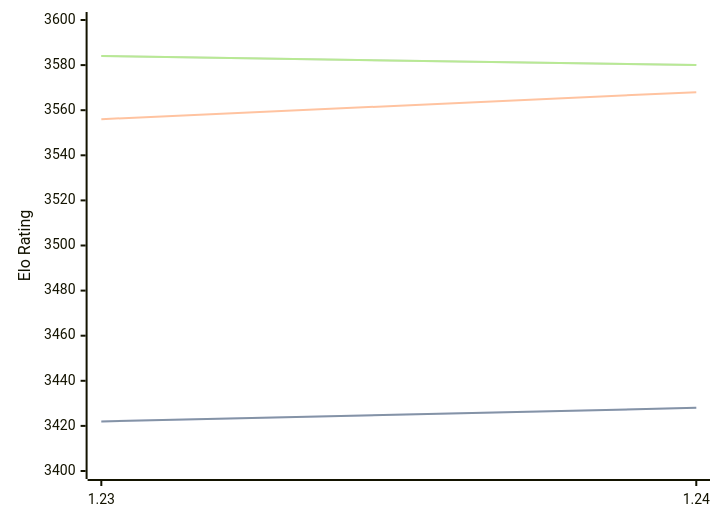
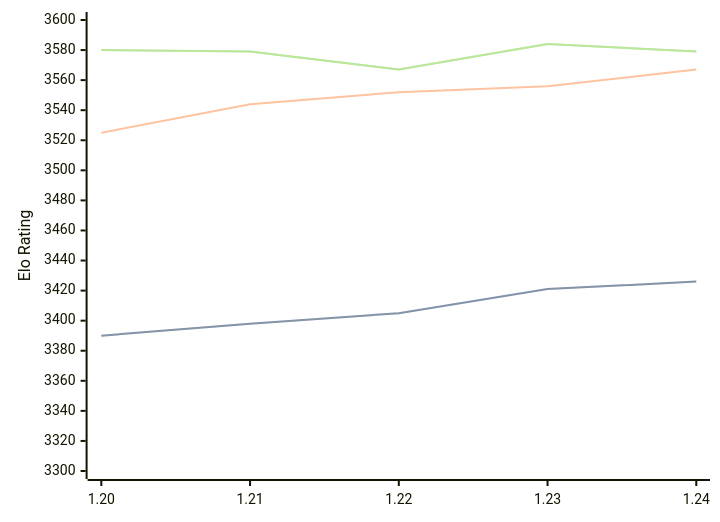
The diagram in engines/Caissa.md (computer-chess-index/cci), drawn with Mermaid before and after one commit. The commit also changed other lines of this file, not shown here.

Commit message:
Update CCI Ratings (ELO VLTC) - 2026-02-18

````diff
--- a/engines/Caissa.md
+++ b/engines/Caissa.md
@@ -61,11 +61,11 @@
 ```mermaid
 %%{init: {"theme":"base","themeVariables":{"seriesColors:['#a3a3a3','#222221','#faa371']}}}%%
 xychart-beta
-  x-axis ["1.23", "1.24"]
-  y-axis "Elo Rating" 3400 --> 3600
-  line "STC (8.0+0.08s)" [3422, 3428]
-  line "STC (8.0+0.08s)" [3422, 3428]
-  line "LTC (60.0+0.60s)" [3556, 3568]
-  line "VLTC (2m24s+1.12s)" [3584, 3580]
-  line "VLTC (2m24s+1.12s)" [3584, 3580]
+  x-axis ["1.20", "1.21", "1.22", "1.23", "1.24"]
+  y-axis "Elo Rating" 3300 --> 3600
+  line "STC (8.0+0.08s)" [3390, 3398, 3405, 3421, 3426]
+  line "STC (8.0+0.08s)" [3390, 3398, 3405, 3421, 3426]
+  line "LTC (60.0+0.60s)" [3525, 3544, 3552, 3556, 3567]
+  line "VLTC (2m24s+1.12s)" [3580, 3579, 3567, 3584, 3579]
+  line "VLTC (2m24s+1.12s)" [3580, 3579, 3567, 3584, 3579]
 ```
````
